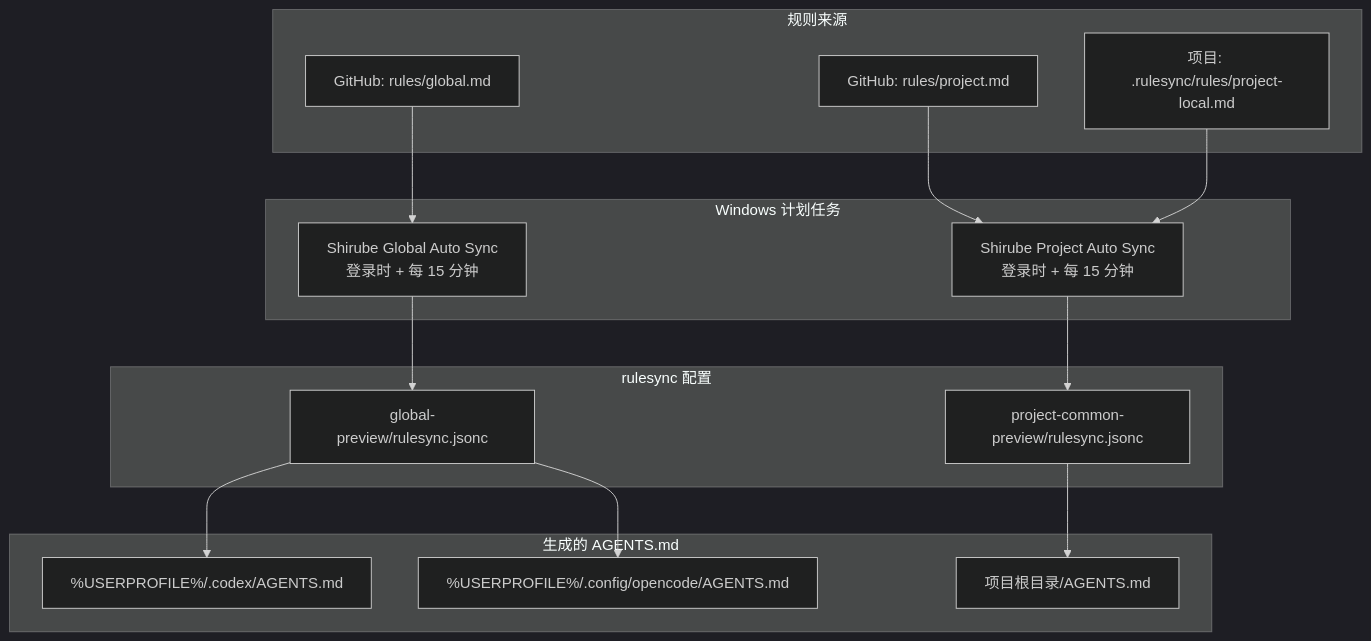
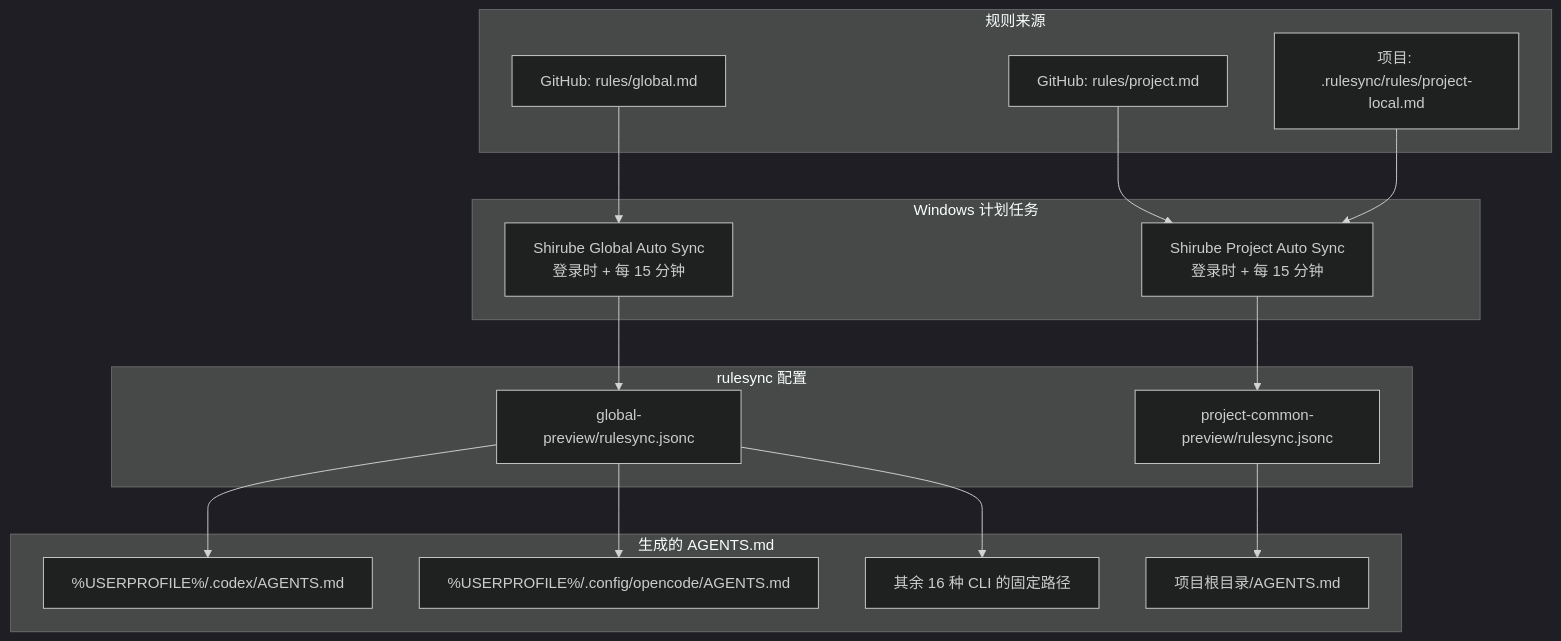
Before and after one commit to Fizor-drm/Shirube: the diagram in README.zh-CN.md, drawn with Mermaid (dark theme). The commit also changed other lines of this file and 2 other files, not shown here.

````diff
--- a/README.zh-CN.md
+++ b/README.zh-CN.md
@@ -27,31 +27,33 @@
 ```mermaid
 flowchart TB
   subgraph S [规则来源]
     G["GitHub: rules/global.md"]
     P["GitHub: rules/project.md"]
     L["项目: .rulesync/rules/project-local.md"]
   end
 
   subgraph T [Windows 计划任务]
     TG["Shirube Global Auto Sync<br/>登录时 + 每 15 分钟"]
     TP["Shirube Project Auto Sync<br/>登录时 + 每 15 分钟"]
   end
 
   subgraph C [rulesync 配置]
     CG["global-preview/rulesync.jsonc"]
     CP["project-common-preview/rulesync.jsonc"]
   end
 
   subgraph O [生成的 AGENTS.md]
     OG["%USERPROFILE%/.codex/AGENTS.md"]
     OO["%USERPROFILE%/.config/opencode/AGENTS.md"]
+    OX["其余 16 种 CLI 的固定路径"]
     OP["项目根目录/AGENTS.md"]
   end
 
   G --> TG --> CG
   CG --> OG
   CG --> OO
+  CG --> OX
   P --> TP
   L --> TP
   TP --> CP --> OP
 ```
````
